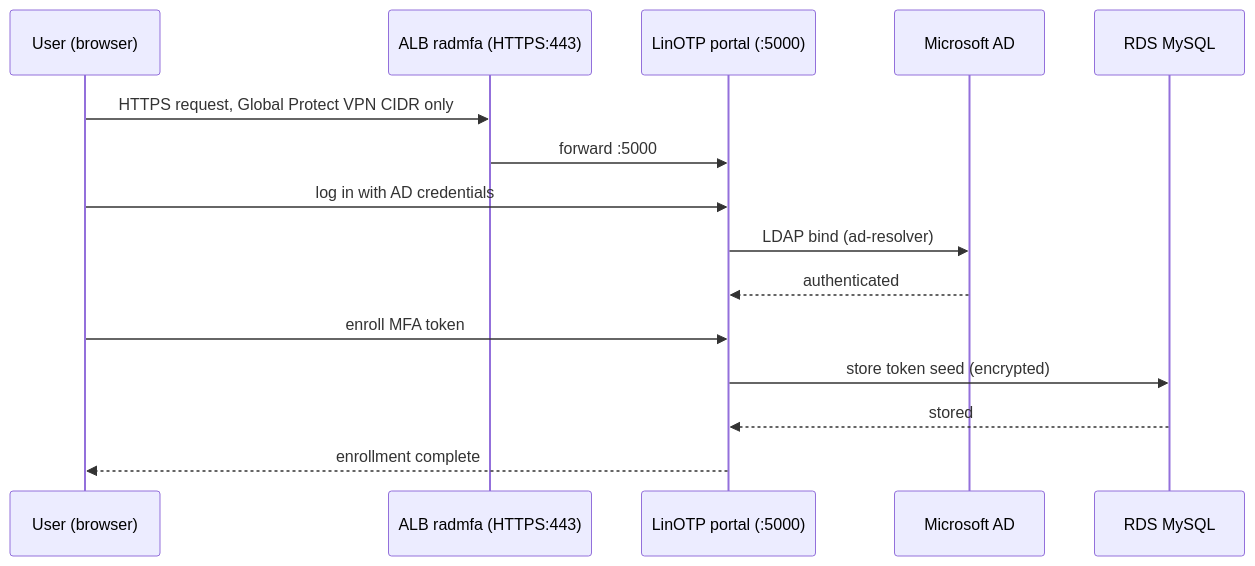
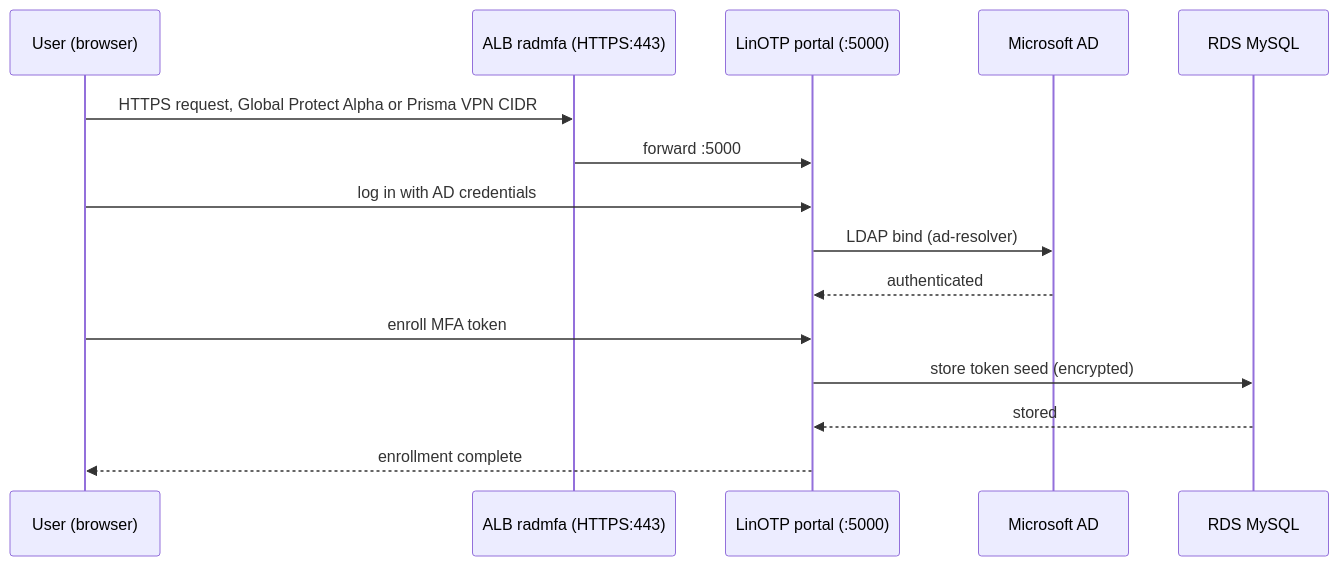
One commit to ministryofjustice/modernisation-platform-environments changed the second of 2 diagrams in terraform/environments/laa-new-workspaces/documents/03-authentication.md. Above: the diagram before and after it, drawn with Mermaid. The commit also changed 3 other files, not shown here.

Commit message:
Adding Prisma VPN to aws_workspaces_ip_group

````diff
--- a/terraform/environments/laa-new-workspaces/documents/03-authentication.md
+++ b/terraform/environments/laa-new-workspaces/documents/03-authentication.md
@@ -37,18 +37,18 @@
 ```mermaid
 sequenceDiagram
     participant U as User (browser)
     participant ALB as ALB radmfa (HTTPS:443)
     participant LOTP as LinOTP portal (:5000)
     participant AD as Microsoft AD
     participant DB as RDS MySQL
 
-    U->>ALB: HTTPS request, Global Protect VPN CIDR only
+    U->>ALB: HTTPS request, Global Protect Alpha or Prisma VPN CIDR
     ALB->>LOTP: forward :5000
     U->>LOTP: log in with AD credentials
     LOTP->>AD: LDAP bind (ad-resolver)
     AD-->>LOTP: authenticated
     U->>LOTP: enroll MFA token
     LOTP->>DB: store token seed (encrypted)
     DB-->>LOTP: stored
     LOTP-->>U: enrollment complete
 ```
````
